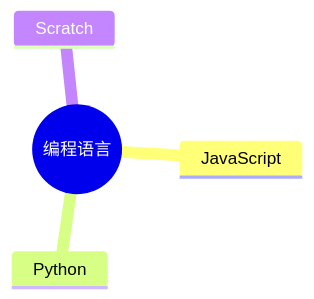
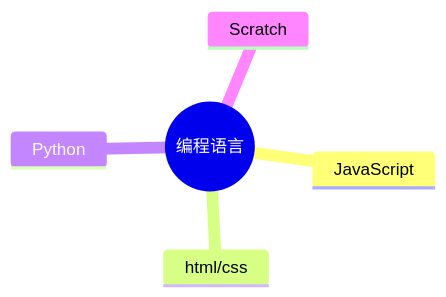
The first of 2 diagrams in source/about/index.md (HelenZhangLP/blog), drawn with Mermaid before and after one commit. The commit also changed other lines of this file and 413 other files, not shown here.

````diff
--- a/source/about/index.md
+++ b/source/about/index.md
@@ -13,7 +12,8 @@
 ```mermaid
  mindmap
     root((编程语言))
         JavaScript
+        html/css
         Python
         Scratch
 ```
````
